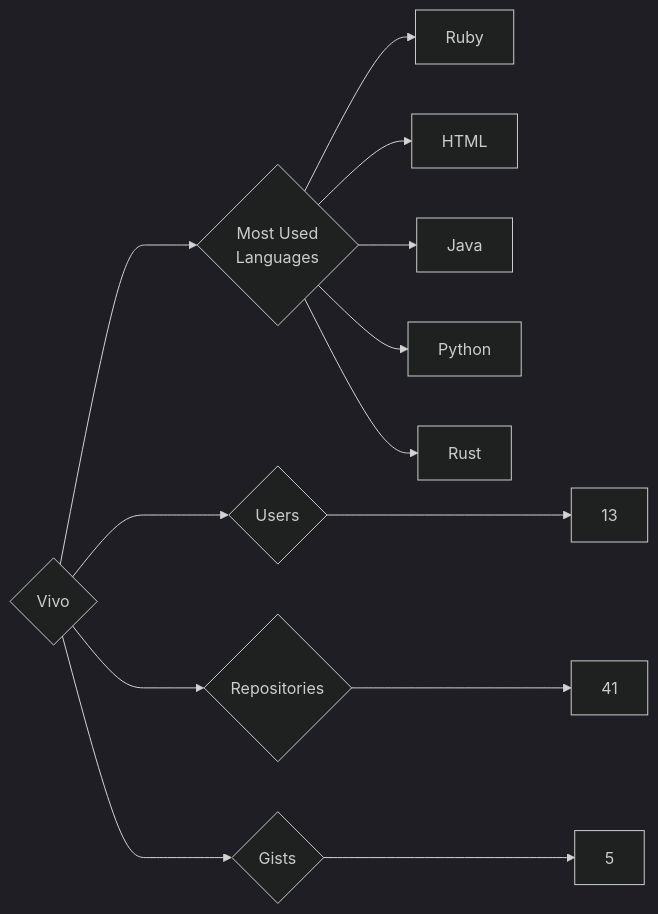
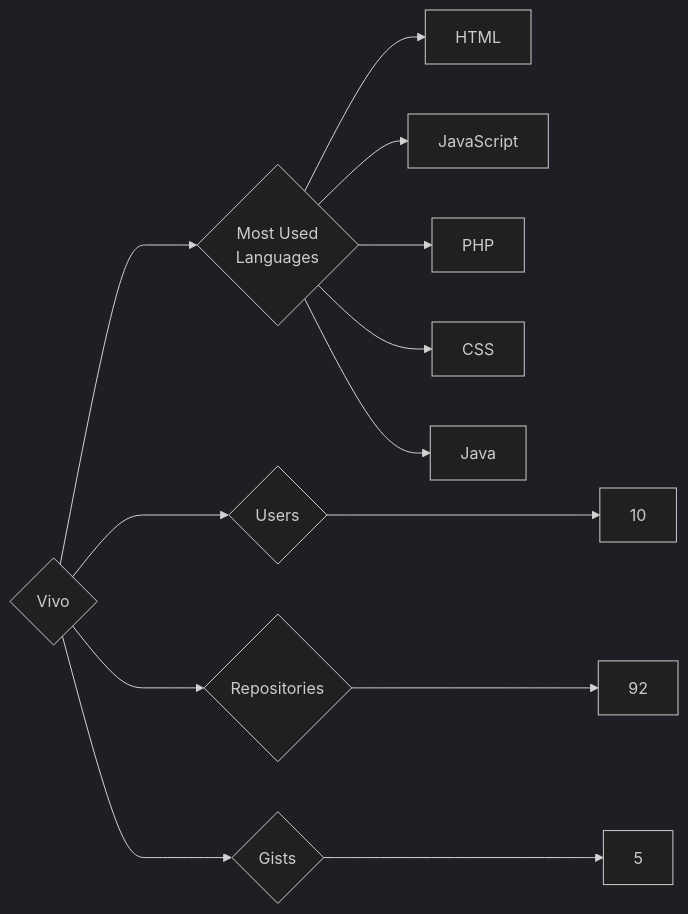
One commit to trickest/insiders changed the diagram in targets/Vivo/README.md. Above: the diagram before and after it, drawn with Mermaid (dark theme). The commit also changed 806 other files, not shown here.

````diff
--- a/targets/Vivo/README.md
+++ b/targets/Vivo/README.md
@@ -3,13 +3,13 @@
 ```mermaid
 graph LR
 COMPANY_NAME{Vivo}
-COMPANY_NAME ---> U{Users} ---> UN[13]
-COMPANY_NAME ---> R{Repositories} ---> RN[41]
+COMPANY_NAME ---> U{Users} ---> UN[10]
+COMPANY_NAME ---> R{Repositories} ---> RN[92]
 COMPANY_NAME ---> G{Gists} ---> GN[5]
 COMPANY_NAME ---> ML{Most Used<br>Languages}
-ML --> Ruby[Ruby]
 ML --> HTML[HTML]
+ML --> JavaScript[JavaScript]
+ML --> PHP[PHP]
+ML --> CSS[CSS]
 ML --> Java[Java]
-ML --> Python[Python]
-ML --> Rust[Rust]
 ```
````
